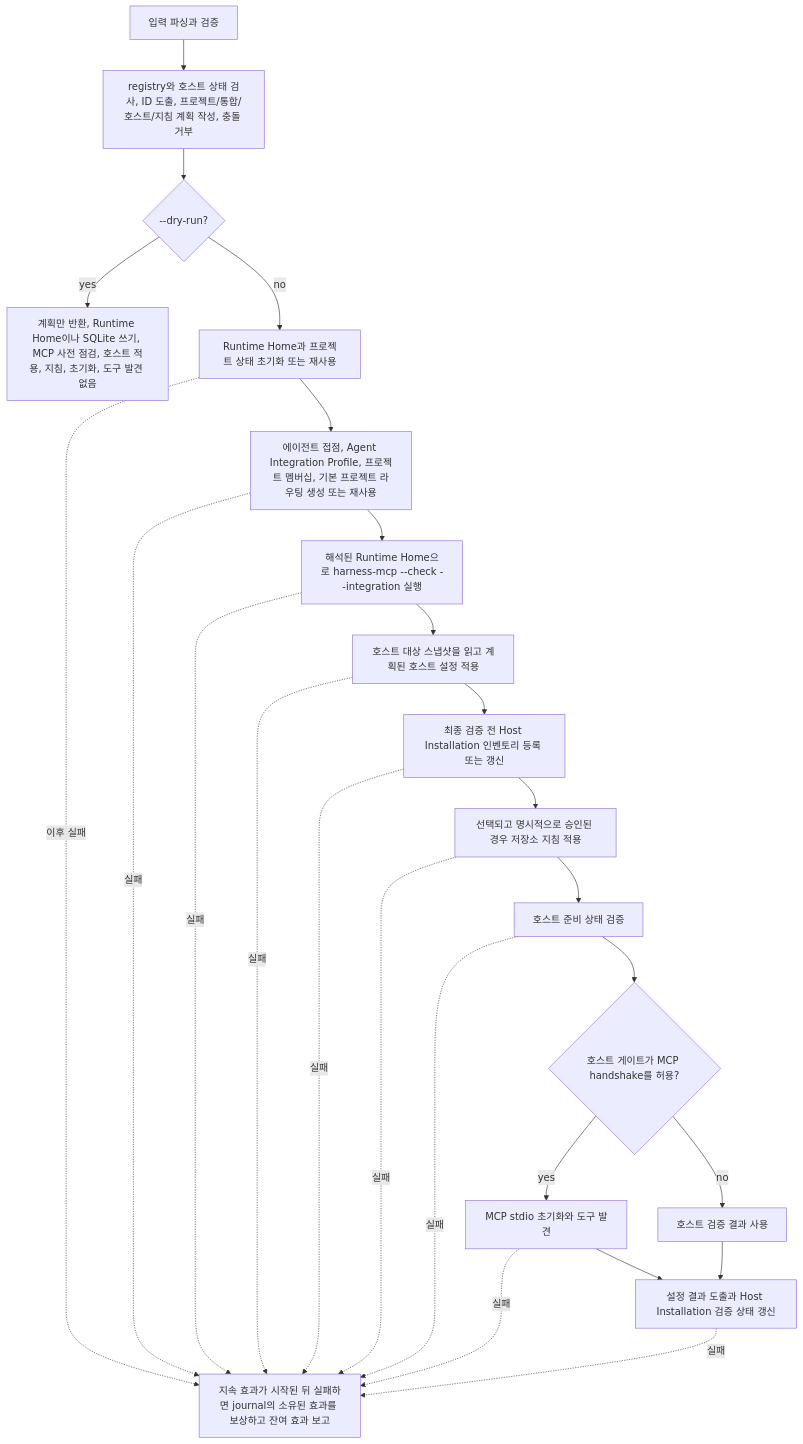
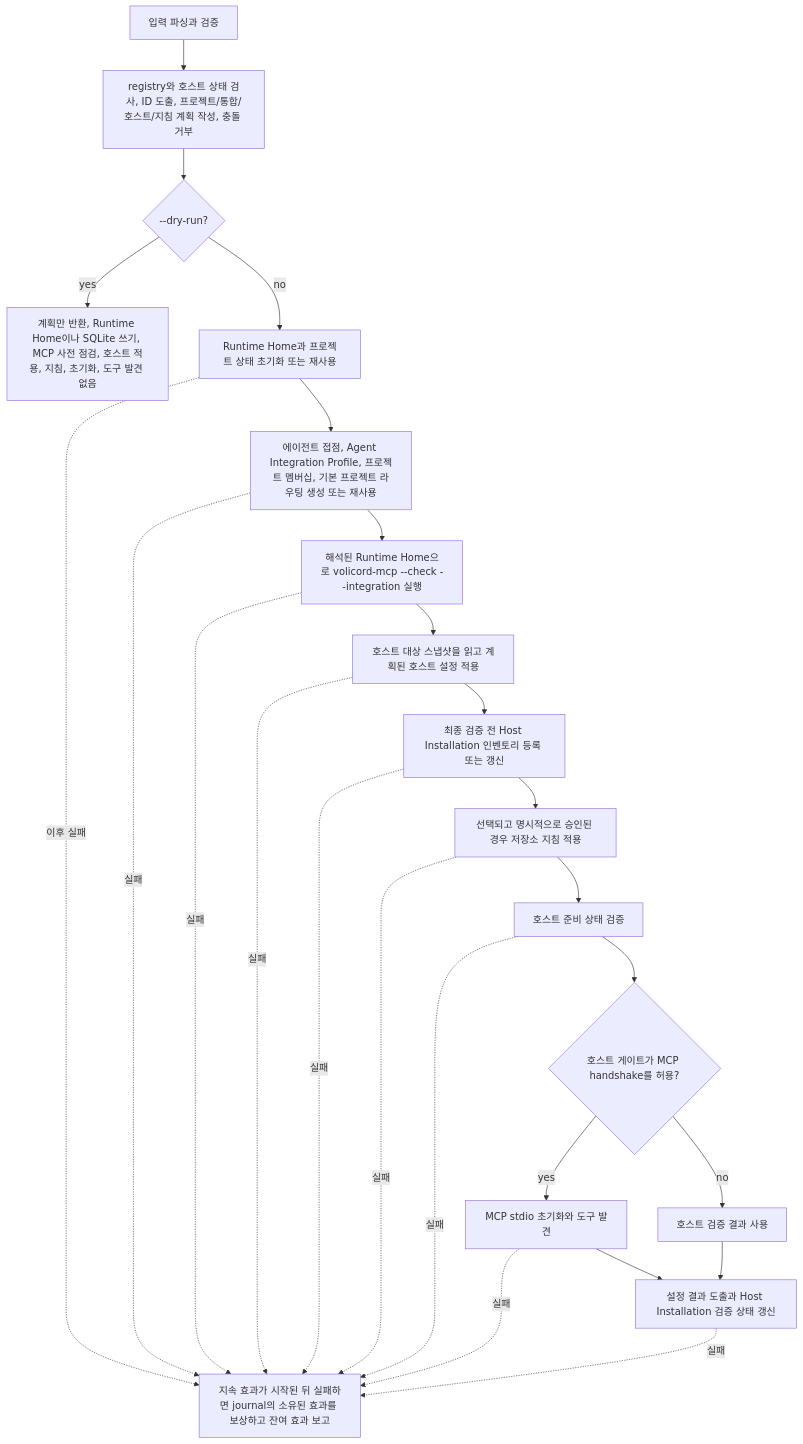
One commit to minjungw00/Harness_Project changed the fourth of 4 diagrams in docs/ko/development/architecture.md. Above: the diagram before and after it, drawn with Mermaid. The commit also changed other lines of this file and 59 other files, not shown here.

````diff
--- a/docs/ko/development/architecture.md
+++ b/docs/ko/development/architecture.md
@@ -223,34 +223,34 @@
 ```mermaid
 flowchart TD
   parse["입력 파싱과 검증"]
   plan["registry와 호스트 상태 검사, ID 도출, 프로젝트/통합/호스트/지침 계획 작성, 충돌 거부"]
   dry{"--dry-run?"}
   dryout["계획만 반환, Runtime Home이나 SQLite 쓰기, MCP 사전 점검, 호스트 적용, 지침, 초기화, 도구 발견 없음"]
   runtime["Runtime Home과 프로젝트 상태 초기화 또는 재사용"]
   integration["에이전트 접점, Agent Integration Profile, 프로젝트 멤버십, 기본 프로젝트 라우팅 생성 또는 재사용"]
-  preflight["해석된 Runtime Home으로 harness-mcp --check --integration 실행"]
+  preflight["해석된 Runtime Home으로 volicord-mcp --check --integration 실행"]
   host["호스트 대상 스냅샷을 읽고 계획된 호스트 설정 적용"]
   inventory["최종 검증 전 Host Installation 인벤토리 등록 또는 갱신"]
   guidance["선택되고 명시적으로 승인된 경우 저장소 지침 적용"]
   readiness["호스트 준비 상태 검증"]
   gate{"호스트 게이트가 MCP handshake를 허용?"}
   handshake["MCP stdio 초기화와 도구 발견"]
   hostonly["호스트 검증 결과 사용"]
   final["설정 결과 도출과 Host Installation 검증 상태 갱신"]
   fail["지속 효과가 시작된 뒤 실패하면 journal의 소유된 효과를 보상하고 잔여 효과 보고"]
 
   parse --> plan --> dry
   dry -- yes --> dryout
   dry -- no --> runtime --> integration --> preflight --> host --> inventory --> guidance --> readiness --> gate
   gate -- yes --> handshake --> final
   gate -- no --> hostonly --> final
   runtime -. 이후 실패 .-> fail
   integration -. 실패 .-> fail
   preflight -. 실패 .-> fail
   host -. 실패 .-> fail
   inventory -. 실패 .-> fail
   guidance -. 실패 .-> fail
   readiness -. 실패 .-> fail
   handshake -. 실패 .-> fail
   final -. 실패 .-> fail
 ```
````
